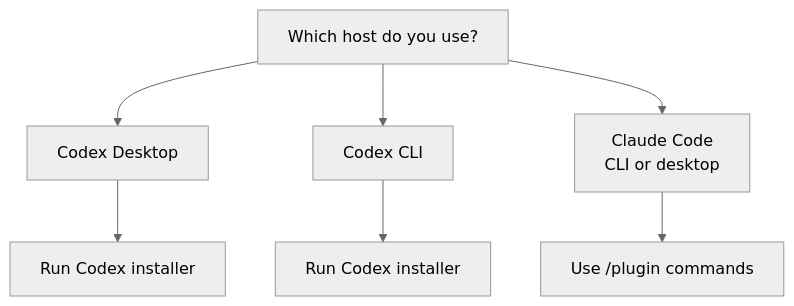
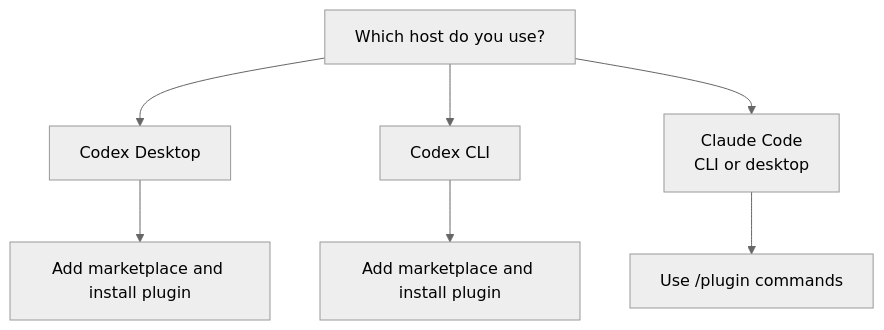
Before and after one commit to sssstwee/tastedistill: the third of 3 diagrams in README.md, drawn with Mermaid (neutral theme). The commit also changed other lines of this file and 10 other files, not shown here.

````diff
--- a/README.md
+++ b/README.md
@@ -185,9 +185,9 @@
 ```mermaid
 flowchart TD
     A["Which host do you use?"] --> B["Codex Desktop"]
     A --> C["Codex CLI"]
     A --> D["Claude Code<br/>CLI or desktop"]
-    B --> F["Run Codex installer"]
-    C --> G["Run Codex installer"]
+    B --> F["Add marketplace and install plugin"]
+    C --> G["Add marketplace and install plugin"]
     D --> H["Use /plugin commands"]
 ```
````
